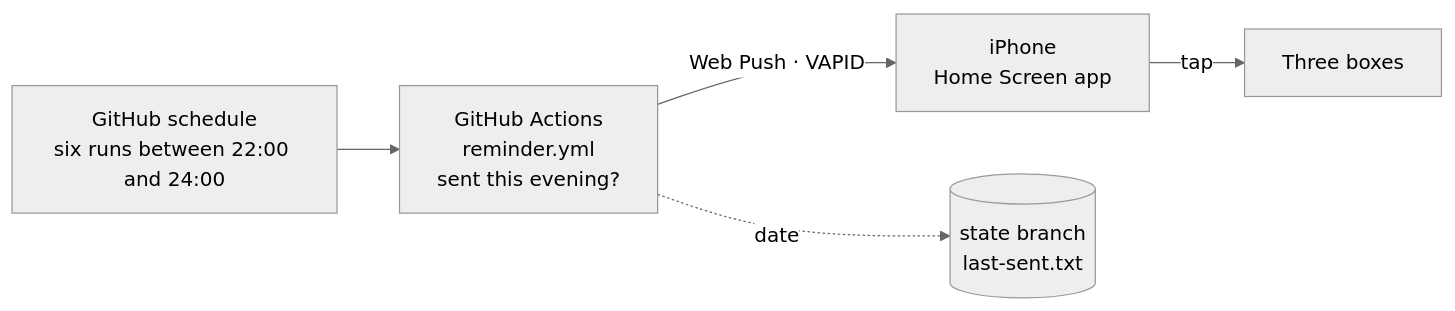
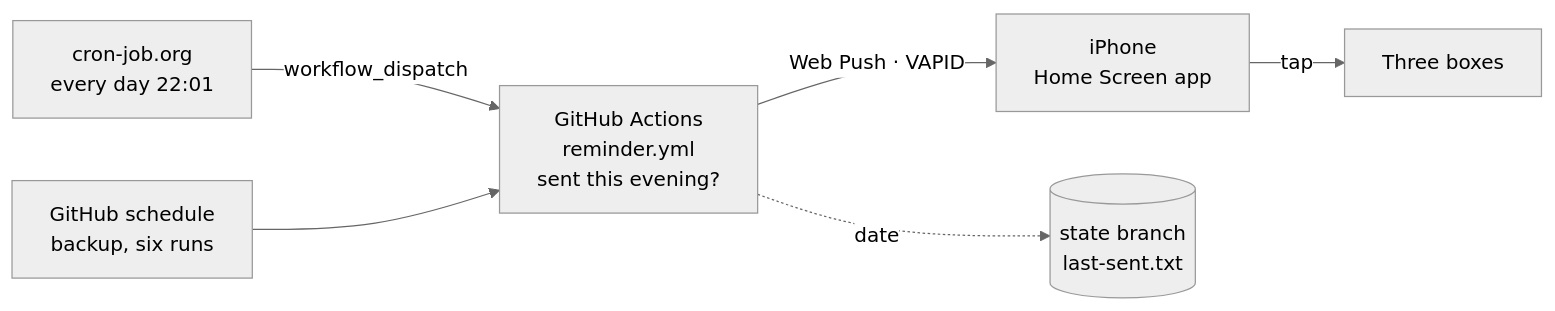
One commit to YILDIRIMZX/aksam-notu changed the diagram in README.md. Above: the diagram before and after it, drawn with Mermaid (neutral theme). The commit also changed other lines of this file and 8 other files, not shown here.

Commit message:
2.1.0: cron-job.org dış tetikleyicisi (source=cron), GitHub zamanlayıcısı yedek

````diff
--- a/README.md
+++ b/README.md
@@ -33,7 +33,8 @@
 ```mermaid
 flowchart LR
-  Cron["GitHub schedule<br/>six runs between 22:00 and 24:00"] --> GA
+  Ext["cron-job.org<br/>every day 22:01"] -- "workflow_dispatch" --> GA
+  Cron["GitHub schedule<br/>backup, six runs"] --> GA
   GA["GitHub Actions<br/>reminder.yml<br/>sent this evening?"] -- "Web Push · VAPID" --> Phone["iPhone<br/>Home Screen app"]
   GA -. "date" .-> State[("state branch<br/>last-sent.txt")]
   Phone -- "tap" --> Note["Three boxes"]
 ```
````
